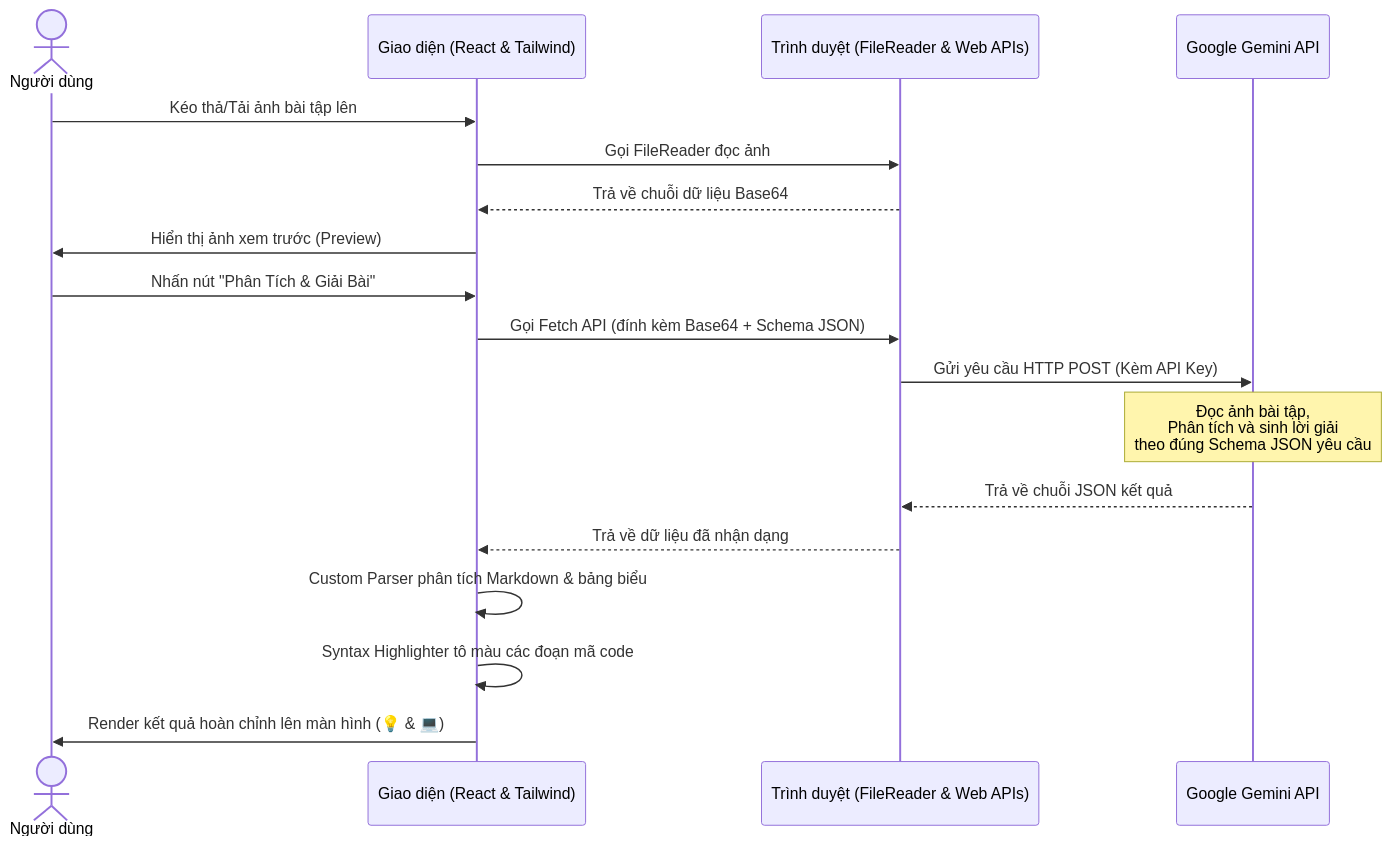
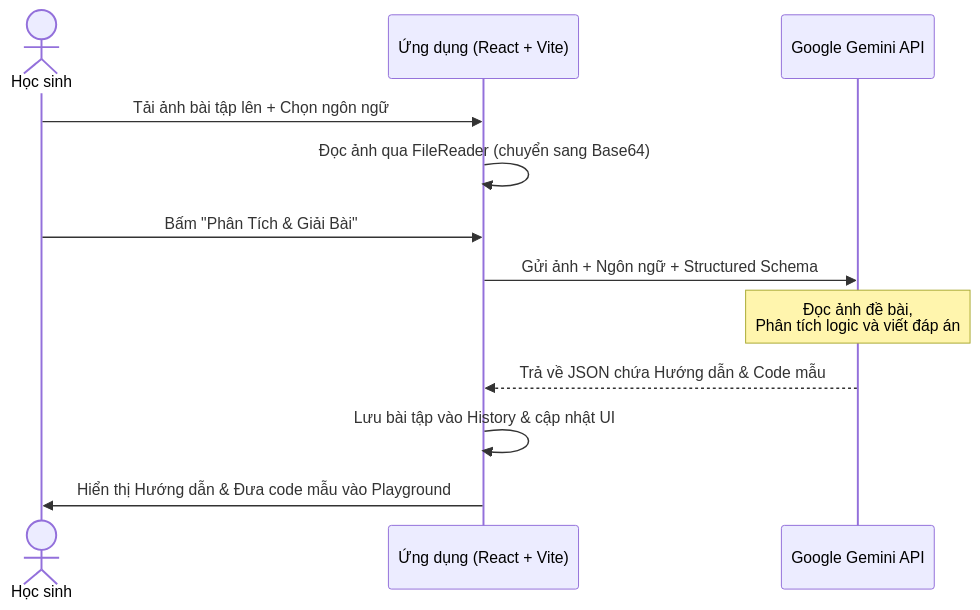
The first of 2 diagrams in cac_cong_nghe_su_dung.md (Banhtalon/edubot), drawn with Mermaid before and after one commit. The commit also changed other lines of this file and 23 other files, not shown here.

Commit message:
upgrade: Refactored to React + Vite SPA, added dark mode, multi-language execution, history DB and stats

````diff
--- a/cac_cong_nghe_su_dung.md
+++ b/cac_cong_nghe_su_dung.md
@@ -92,21 +66,15 @@
 ```mermaid
 sequenceDiagram
-    actor User as Người dùng
-    participant UI as Giao diện (React & Tailwind)
-    participant Browser as Trình duyệt (FileReader & Web APIs)
+    actor Student as Học sinh
+    participant App as Ứng dụng (React + Vite)
     participant Gemini as Google Gemini API
-
-    User->>UI: Kéo thả/Tải ảnh bài tập lên
-    UI->>Browser: Gọi FileReader đọc ảnh
-    Browser-->>UI: Trả về chuỗi dữ liệu Base64
-    UI->>User: Hiển thị ảnh xem trước (Preview)
-    User->>UI: Nhấn nút "Phân Tích & Giải Bài"
-    UI->>Browser: Gọi Fetch API (đính kèm Base64 + Schema JSON)
-    Browser->>Gemini: Gửi yêu cầu HTTP POST (Kèm API Key)
-    Note over Gemini: Đọc ảnh bài tập,<br/>Phân tích và sinh lời giải<br/>theo đúng Schema JSON yêu cầu
-    Gemini-->>Browser: Trả về chuỗi JSON kết quả
-    Browser-->>UI: Trả về dữ liệu đã nhận dạng
-    UI->>UI: Custom Parser phân tích Markdown & bảng biểu
-    UI->>UI: Syntax Highlighter tô màu các đoạn mã code
-    UI->>User: Render kết quả hoàn chỉnh lên màn hình (💡 & 💻)
+    
+    Student->>App: Tải ảnh bài tập lên + Chọn ngôn ngữ
+    App->>App: Đọc ảnh qua FileReader (chuyển sang Base64)
+    Student->>App: Bấm "Phân Tích & Giải Bài"
+    App->>Gemini: Gửi ảnh + Ngôn ngữ + Structured Schema
+    Note over Gemini: Đọc ảnh đề bài,<br/>Phân tích logic và viết đáp án
+    Gemini-->>App: Trả về JSON chứa Hướng dẫn & Code mẫu
+    App->>App: Lưu bài tập vào History & cập nhật UI
+    App->>Student: Hiển thị Hướng dẫn & Đưa code mẫu vào Playground
 ```
````
